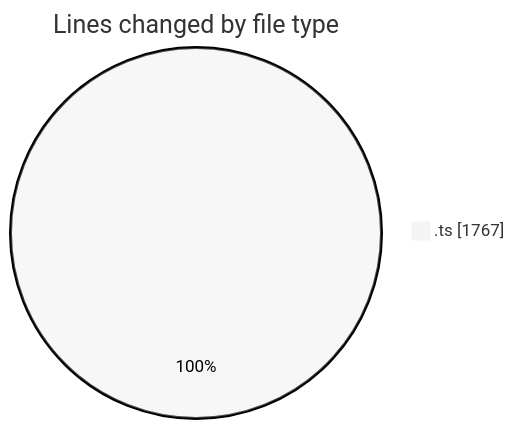
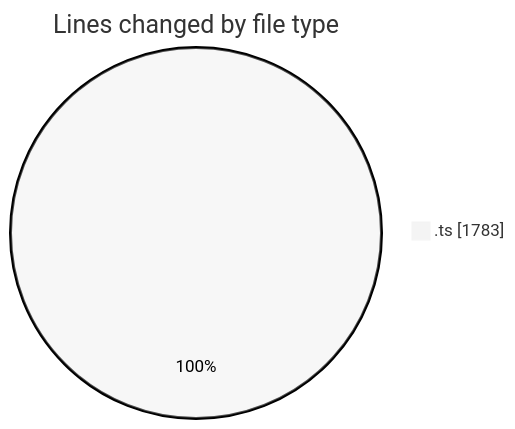
One commit to nxtqubesakshisongat/code-tracking changed the first of 2 diagrams in 2026-03-13/nxtqube_webapp/README.md. Above: the diagram before and after it, drawn with Mermaid (neutral theme). The commit also changed other lines of this file and 1 other file, not shown here.

````diff
--- a/2026-03-13/nxtqube_webapp/README.md
+++ b/2026-03-13/nxtqube_webapp/README.md
@@ -20,5 +20,5 @@
 ```mermaid
 pie showData
 title Lines changed by file type
-".ts" : 1767
+".ts" : 1783
 ```
````
